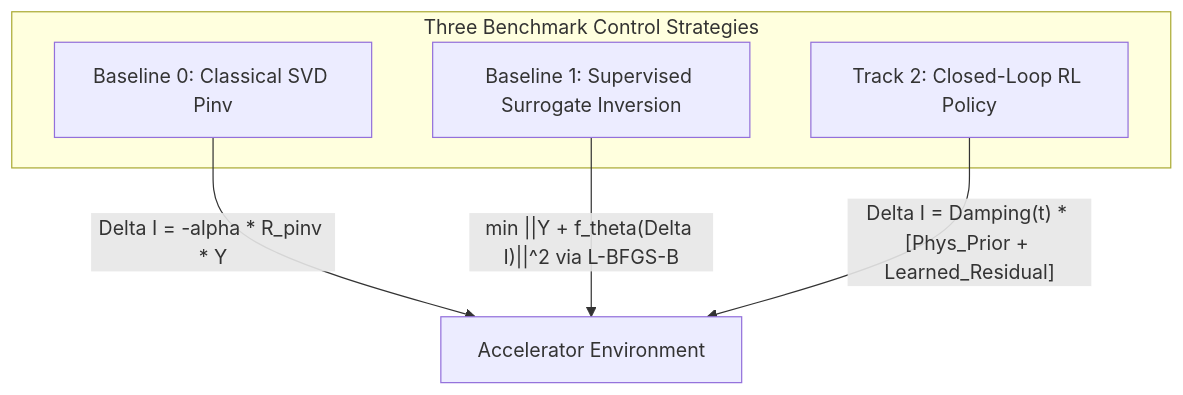
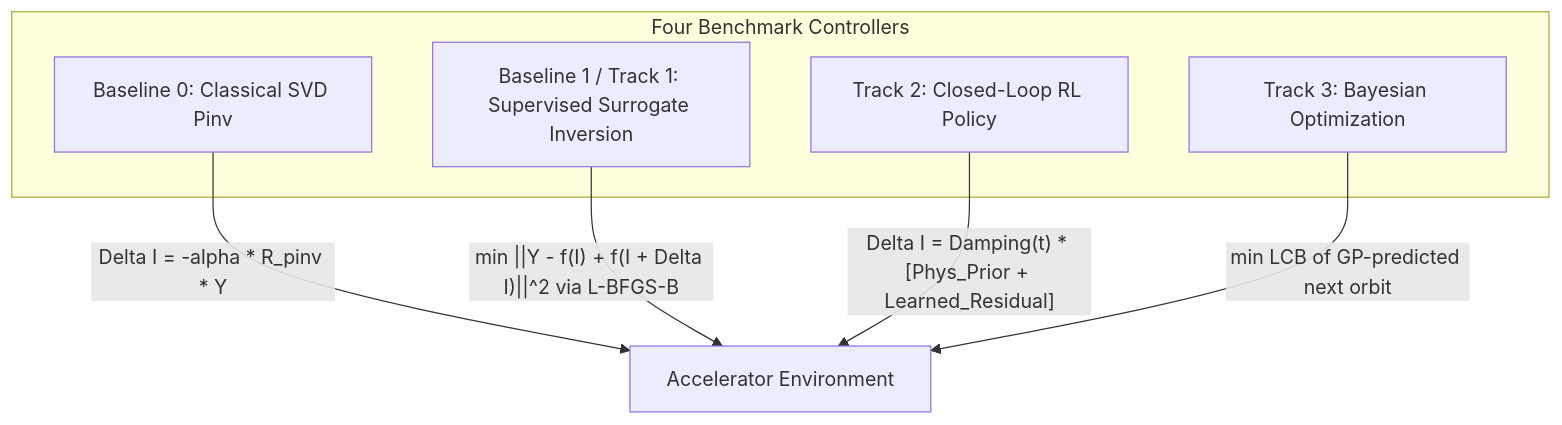
Before and after one commit to cspark7701/ai4acc-mini-hackathon: the fourth of 4 diagrams in lecture_notes/Lecture_1_AI_ML_Foundations_and_Control_Notes.md, drawn with Mermaid. The commit also changed other lines of this file and 6 other files, not shown here.

````diff
--- a/lecture_notes/Lecture_1_AI_ML_Foundations_and_Control_Notes.md
+++ b/lecture_notes/Lecture_1_AI_ML_Foundations_and_Control_Notes.md
@@ -538,11 +542,13 @@
 ```mermaid
 graph TD
-    subgraph Control_Methods["Three Benchmark Control Strategies"]
+    subgraph Control_Methods["Four Benchmark Controllers"]
         M0["Baseline 0: Classical SVD Pinv"]
-        M1["Baseline 1: Supervised Surrogate Inversion"]
+        M1["Baseline 1 / Track 1: Supervised Surrogate Inversion"]
         M2["Track 2: Closed-Loop RL Policy"]
+        M3["Track 3: Bayesian Optimization"]
     end
     M0 -->|"Delta I = -alpha * R_pinv * Y"| Env["Accelerator Environment"]
-    M1 -->|"min ||Y + f_theta(Delta I)||^2 via L-BFGS-B"| Env
+    M1 -->|"min ||Y - f(I) + f(I + Delta I)||^2 via L-BFGS-B"| Env
     M2 -->|"Delta I = Damping(t) * [Phys_Prior + Learned_Residual]"| Env
+    M3 -->|"min LCB of GP-predicted next orbit"| Env
 ```
````
